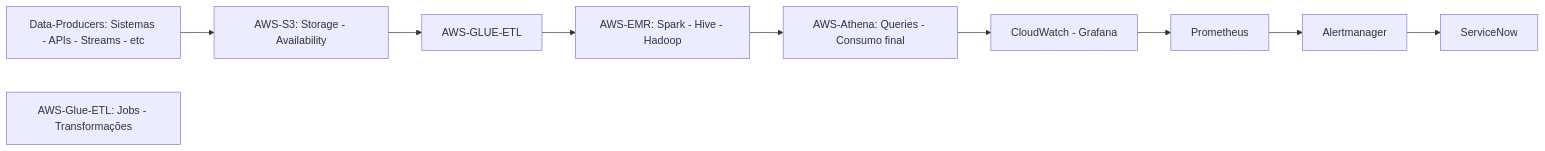
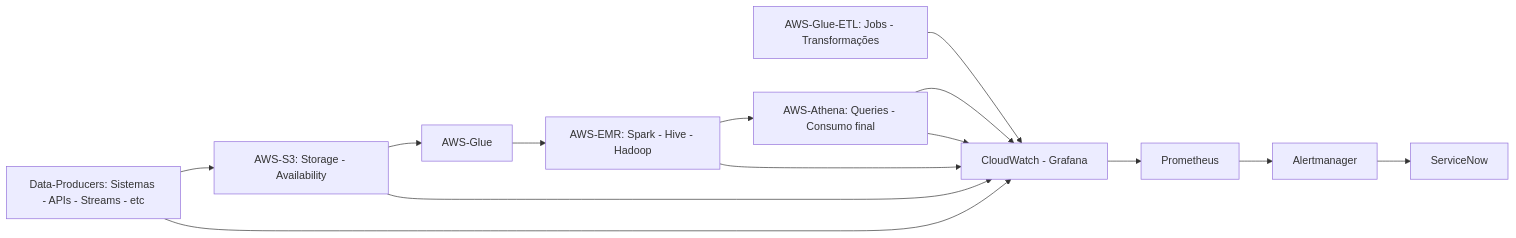
The diagram in docs/architecture_observability_data_lake.md (pmagaiwer/aws-datalake-observability), drawn with Mermaid before and after one commit.

Commit message:
Observabilidade

````diff
--- a/docs/architecture_observability_data_lake.md
+++ b/docs/architecture_observability_data_lake.md
@@ -3,15 +3,20 @@
 ```mermaid
 flowchart LR
     Data-Producers[" Data-Producers: Sistemas - APIs - Streams - etc"]
     AWS-S3["AWS-S3: Storage - Availability"]
     AWS-Glue-ETL["AWS-Glue-ETL: Jobs - Transformações"]
     AWS-EMR["AWS-EMR: Spark - Hive - Hadoop"]
     AWS-Athena["AWS-Athena: Queries - Consumo final"]
-    Observabilidade-CloudWatch+Grafana["CloudWatch - Grafana"]
+    CloudWatch+Grafana["CloudWatch - Grafana"]
     Prometheus["Prometheus"]
     Alertmanager["Alertmanager"]
     ServiceNow["ServiceNow"]
 
-    Data-Producers --> AWS-S3 --> AWS-GLUE-ETL --> AWS-EMR --> AWS-Athena --> Observabilidade-CloudWatch+Grafana
-    Observabilidade-CloudWatch+Grafana --> Prometheus --> Alertmanager --> ServiceNow
+    Data-Producers --> AWS-S3 --> AWS-Glue --> AWS-EMR --> AWS-Athena --> CloudWatch+Grafana
+    Data-Producers --> CloudWatch+Grafana
+    AWS-S3 --> CloudWatch+Grafana
+    AWS-Glue-ETL --> CloudWatch+Grafana
+    AWS-EMR --> CloudWatch+Grafana
+    AWS-Athena --> CloudWatch+Grafana
+    CloudWatch+Grafana --> Prometheus --> Alertmanager --> ServiceNow
 ```
````
